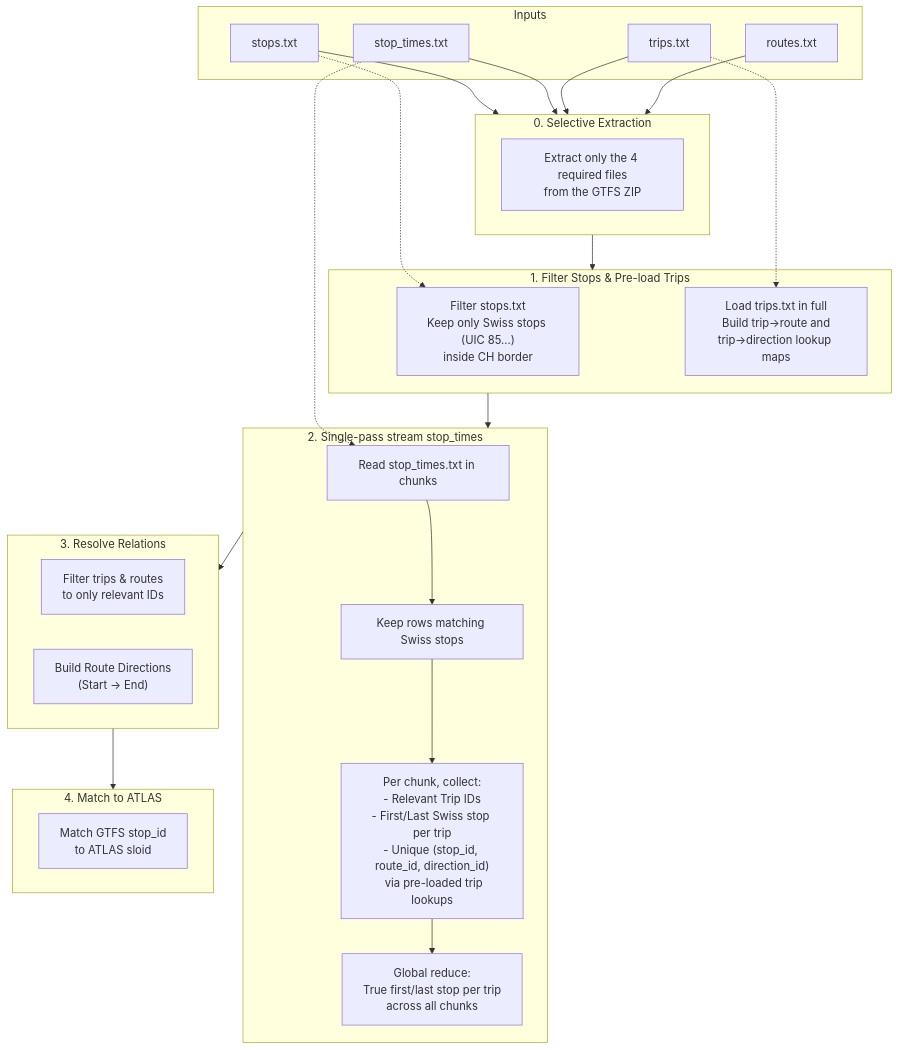
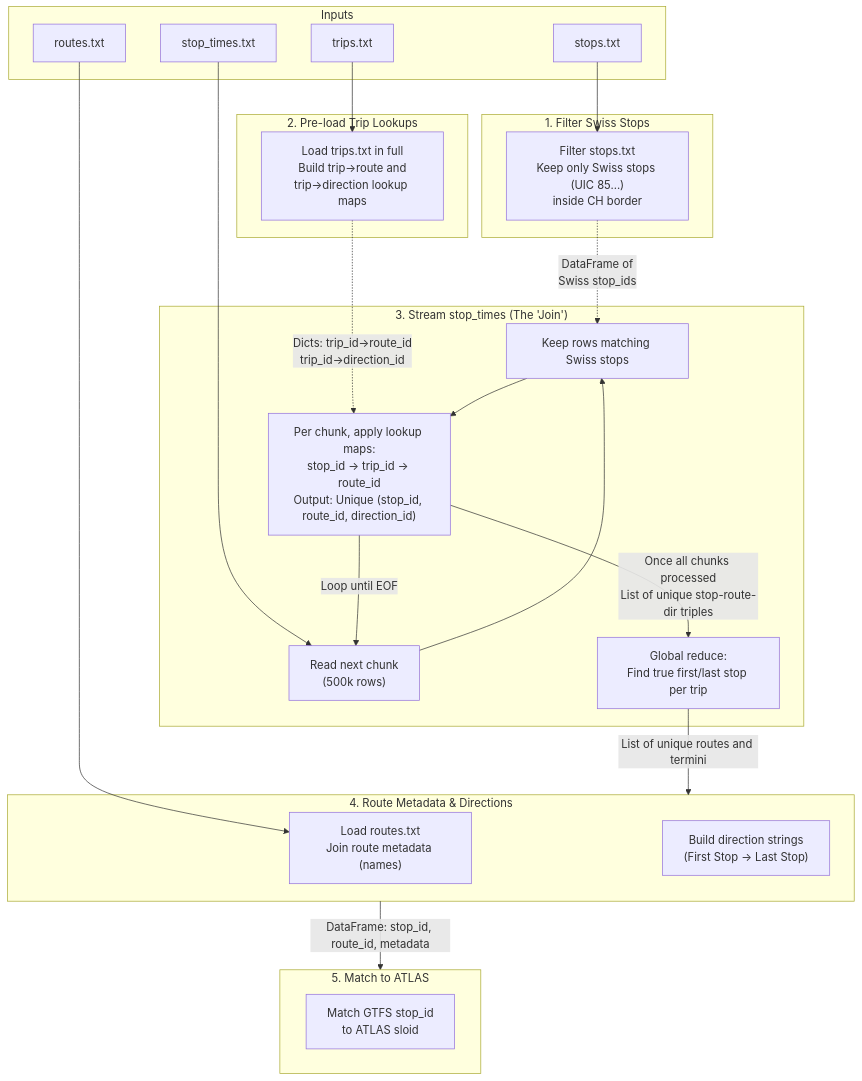
Before and after one commit to openTdataCH/stop_sync_osm_atlas: the second of 2 diagrams in documentation/1.2 GTFS ATLAS data.md, drawn with Mermaid. The commit also changed other lines of this file and 84 other files, not shown here.

````diff
--- a/documentation/1.2 GTFS ATLAS data.md
+++ b/documentation/1.2 GTFS ATLAS data.md
@@ -41,49 +95,49 @@
 ```mermaid
 flowchart TD
     subgraph Inputs
         S["stops.txt"]
         ST["stop_times.txt"]
         T["trips.txt"]
         R["routes.txt"]
     end
 
-    subgraph Step0["0. Selective Extraction"]
-        F0["Extract only the 4 required files<br/>from the GTFS ZIP"]
+    subgraph Step1["1. Filter Swiss Stops"]
+        F1["Filter stops.txt<br/>Keep only Swiss stops (UIC 85...)<br/>inside CH border"]
     end
 
-    subgraph Step1["1. Filter Stops & Pre-load Trips"]
-        F1["Filter stops.txt<br/>Keep only Swiss stops (UIC 85...)<br/>inside CH border"]
+    subgraph Step2["2. Pre-load Trip Lookups"]
         F1B["Load trips.txt in full<br/>Build trip→route and<br/>trip→direction lookup maps"]
     end
 
-    subgraph Step2["2. Single-pass stream stop_times"]
-        F2["Read stop_times.txt in chunks"]
+    subgraph Step3["3. Stream stop_times (The 'Join')"]
+        F2["Read next chunk<br/>(500k rows)"]
         F3["Keep rows matching Swiss stops"]
-        F4["Per chunk, collect:<br/>- Relevant Trip IDs<br/>- First/Last Swiss stop per trip<br/>- Unique (stop_id, route_id, direction_id)<br/>&nbsp;&nbsp;via pre-loaded trip lookups"]
-        F4B["Global reduce:<br/>True first/last stop per trip<br/>across all chunks"]
+        F4["Per chunk, apply lookup maps:<br/>stop_id → trip_id → route_id<br/>Output: Unique (stop_id, route_id, direction_id)"]
+        F4B["Global reduce:<br/>Find true first/last stop per trip"]
     end
 
-    subgraph Step3["3. Resolve Relations"]
-        F5["Filter trips & routes<br/>to only relevant IDs"]
-        F6["Build Route Directions<br/>(Start → End)"]
+    subgraph Step4["4. Route Metadata & Directions"]
+        F5["Load routes.txt<br/>Join route metadata (names)"]
+        F6["Build direction strings<br/>(First Stop → Last Stop)"]
     end
 
-    subgraph Step4["4. Match to ATLAS"]
+    subgraph Step5["5. Match to ATLAS"]
         M1["Match GTFS stop_id<br/>to ATLAS sloid"]
     end
 
-    S --> Step0
-    ST --> Step0
-    T --> Step0
-    R --> Step0
-    Step0 --> Step1
-    S -.-> F1
-    T -.-> F1B
-    Step1 --> Step2
-    ST -.-> F2
+    S --> F1
+    T --> F1B
+    ST --> F2
+    R --> F5
+
+    F1 -.->|DataFrame of<br/>Swiss stop_ids| F3
+    F1B -.->|Dicts: trip_id→route_id<br/>trip_id→direction_id| F4
+
     F2 --> F3
     F3 --> F4
-    F4 --> F4B
-    Step2 --> Step3
-    Step3 --> Step4
+    F4 -->|Loop until EOF| F2
+    F4 -->|Once all chunks processed<br/>List of unique stop-route-dir triples| F4B
+    
+    F4B -->|List of unique routes and termini| Step4
+    Step4 -->|DataFrame: stop_id, route_id, metadata| Step5
 ```
````
